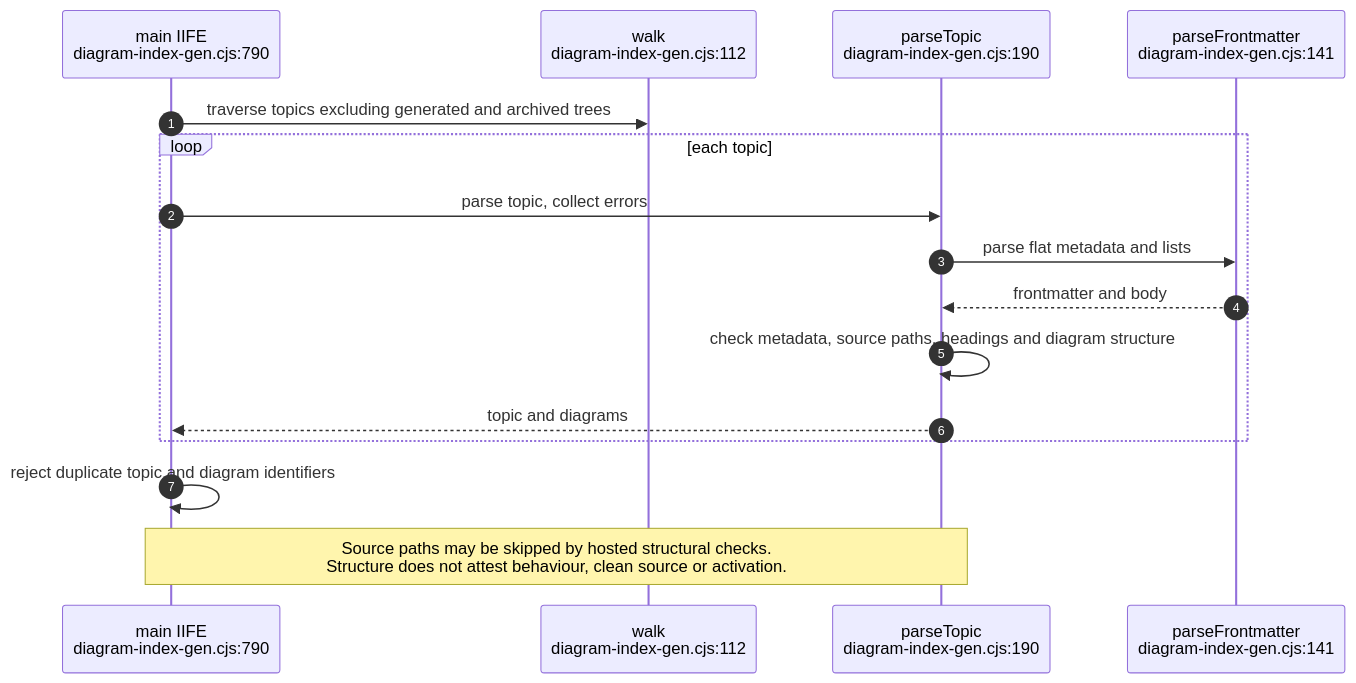
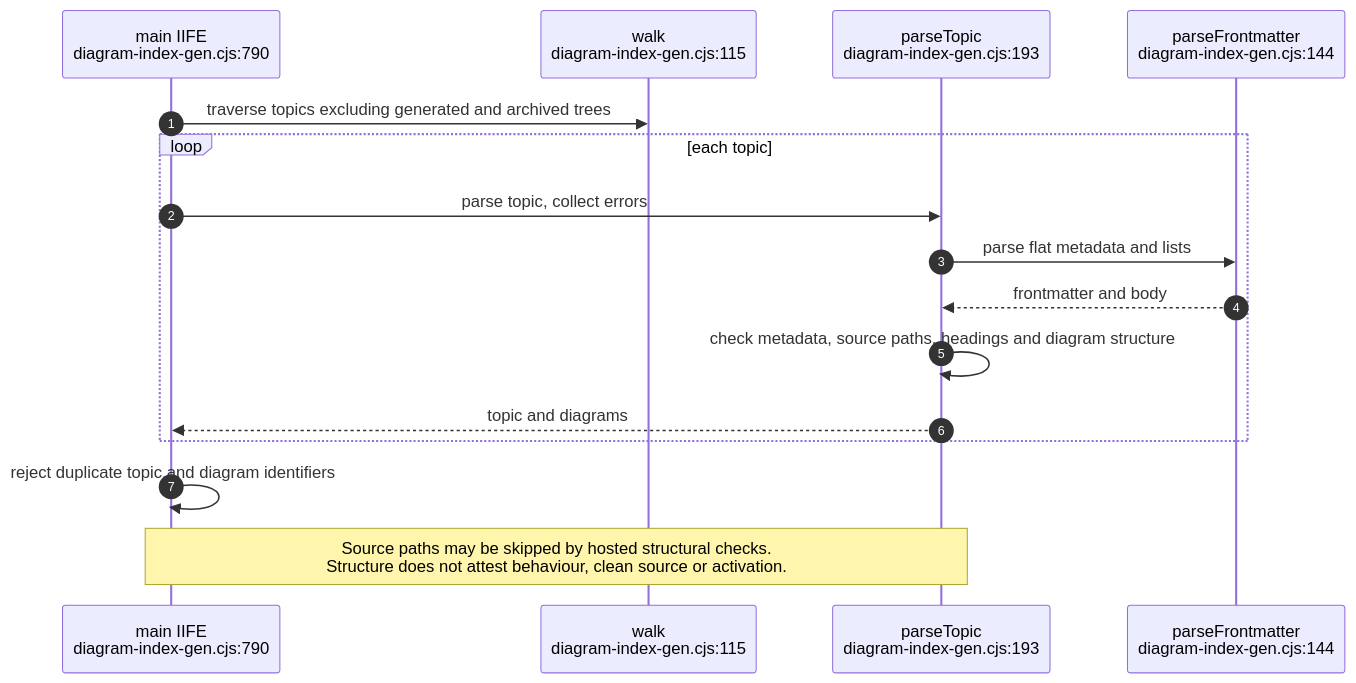
Before and after one commit to DreamLab-AI/VisionFlow: the eighth of 15 diagrams in docs/diagrams/visionflow/06-diagram-tooling.md, drawn with Mermaid. The commit also changed other lines of this file and 160 other files, not shown here.

````diff
--- a/docs/diagrams/visionflow/06-diagram-tooling.md
+++ b/docs/diagrams/visionflow/06-diagram-tooling.md
@@ -288,18 +271,18 @@
 ```mermaid
 sequenceDiagram
     autonumber
     participant CLI as main IIFE<br/>diagram-index-gen.cjs:790
-    participant W as walk<br/>diagram-index-gen.cjs:112
-    participant P as parseTopic<br/>diagram-index-gen.cjs:190
-    participant F as parseFrontmatter<br/>diagram-index-gen.cjs:141
+    participant W as walk<br/>diagram-index-gen.cjs:115
+    participant P as parseTopic<br/>diagram-index-gen.cjs:193
+    participant F as parseFrontmatter<br/>diagram-index-gen.cjs:144
     CLI->>W: traverse topics excluding generated and archived trees
     loop each topic
         CLI->>P: parse topic, collect errors
         P->>F: parse flat metadata and lists
         F-->>P: frontmatter and body
         P->>P: check metadata, source paths, headings and diagram structure
         P-->>CLI: topic and diagrams
     end
     CLI->>CLI: reject duplicate topic and diagram identifiers
     Note over CLI,P: Source paths may be skipped by hosted structural checks.<br/>Structure does not attest behaviour, clean source or activation.
 ```
````
